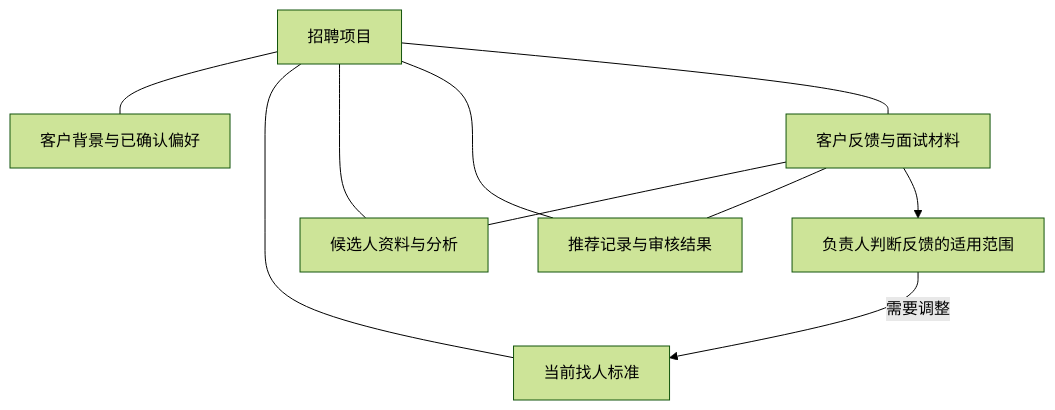
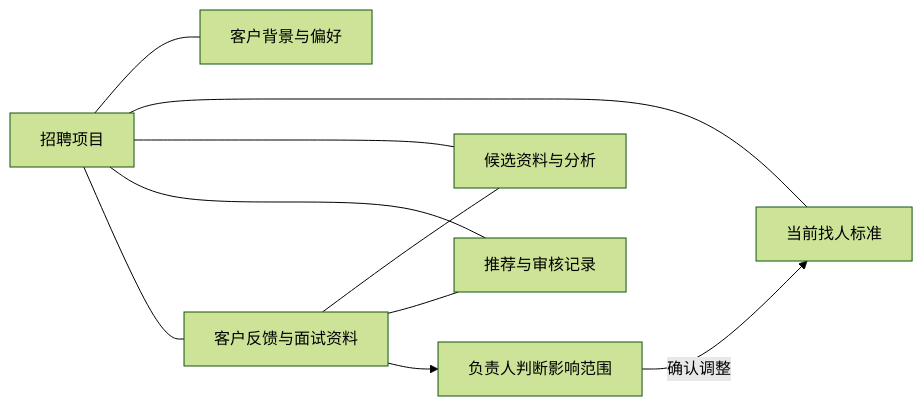
The second of 2 diagrams in content/cases/recruitment-delivery.md (cytlabs/personal-site), drawn with Mermaid (forest theme) before and after one commit. The commit also changed other lines of this file and 17 other files, not shown here.

Commit message:
统一图表排版与主题并支持大图查看

````diff
--- a/content/cases/recruitment-delivery.md
+++ b/content/cases/recruitment-delivery.md
@@ -38,12 +42,12 @@
 ```mermaid
-flowchart TD
-    P["招聘项目"] --- C["客户背景与已确认偏好"]
+flowchart LR
+    P["招聘项目"] --- C["客户背景与偏好"]
     P --- R["当前找人标准"]
-    P --- N["候选人资料与分析"]
-    P --- S["推荐记录与审核结果"]
-    P --- F["客户反馈与面试材料"]
+    P --- N["候选资料与分析"]
+    P --- S["推荐与审核记录"]
+    P --- F["客户反馈与面试资料"]
     F --- N
     F --- S
-    F --> J["负责人判断反馈的适用范围"]
-    J -->|需要调整| R
+    F --> J["负责人判断影响范围"]
+    J -->|确认调整| R
 ```
````
